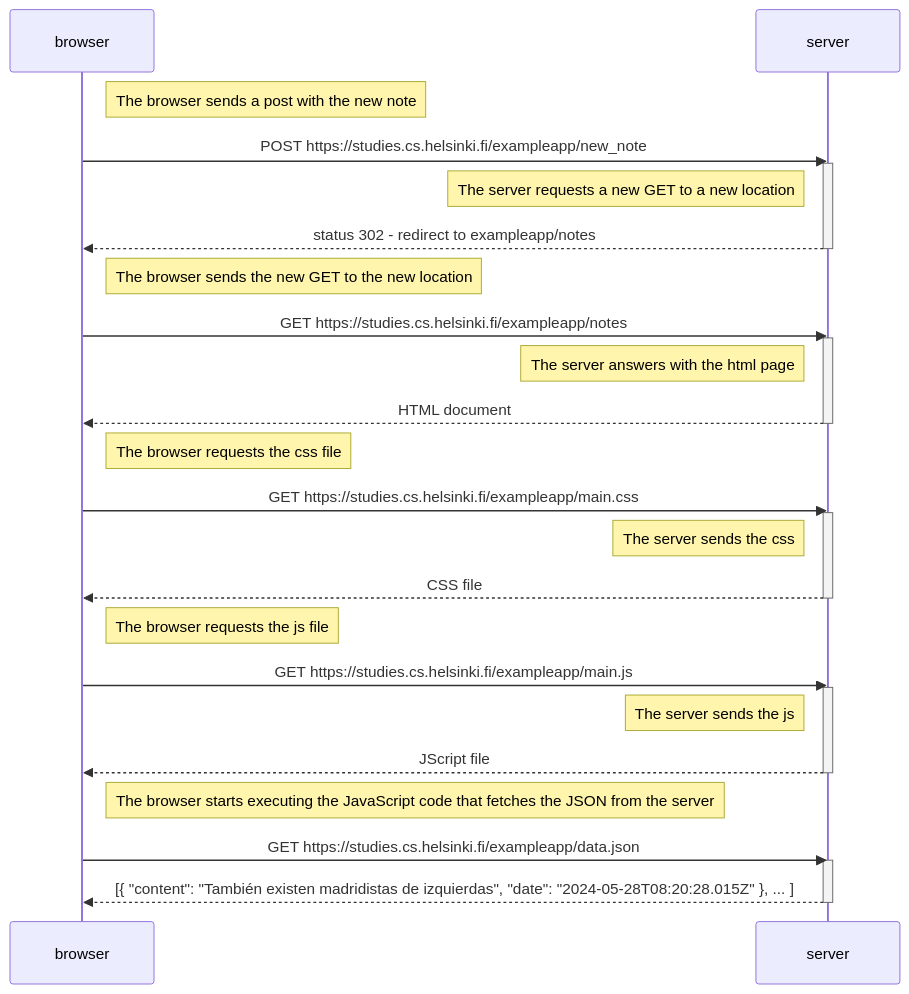
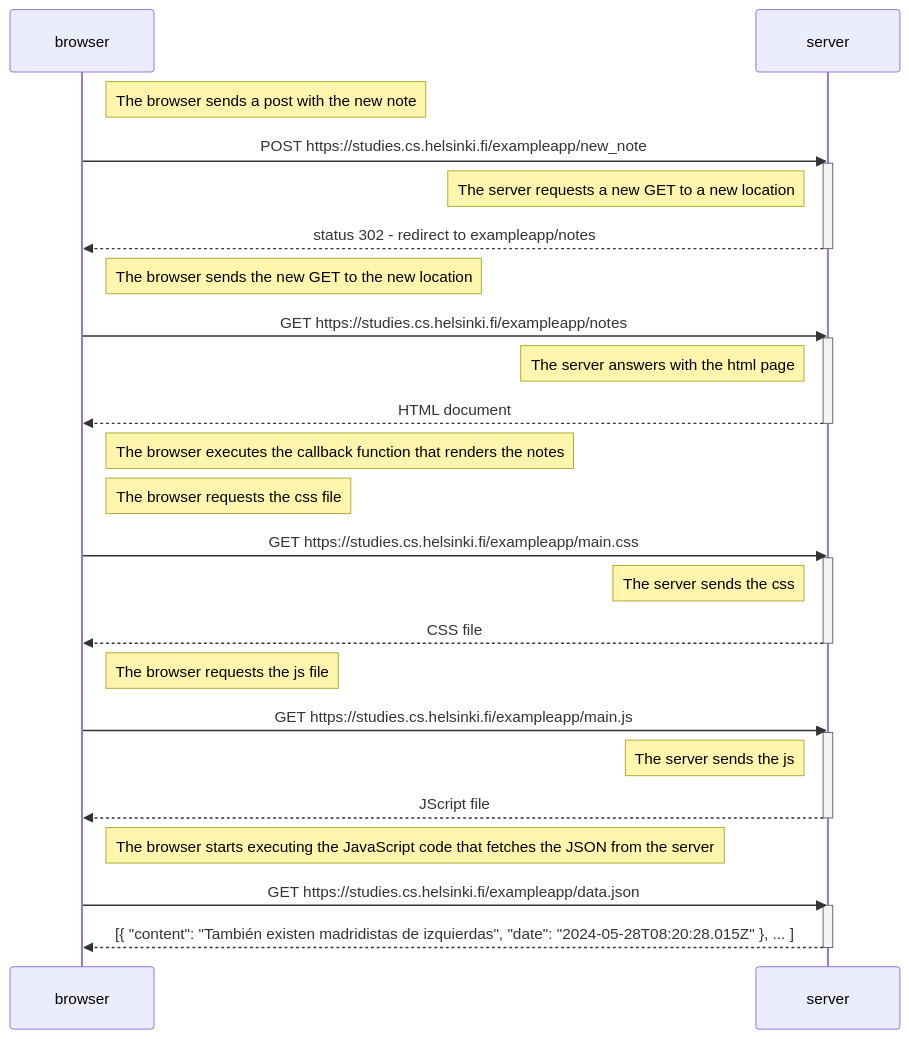
Before and after one commit to leandro68/hello-git: the diagram in README.mmd, drawn with Mermaid.

```diff
--- a/README.mmd
+++ b/README.mmd
@@ -1,50 +1,52 @@
 sequenceDiagram
     participant browser
     participant server
 
     Note right of browser: The browser sends a post with the new note
 
     browser->>server: POST https://studies.cs.helsinki.fi/exampleapp/new_note
     activate server
     
     Note left of server: The server requests a new GET to a new location
     
     server-->>browser: status 302 - redirect to exampleapp/notes
     deactivate server
 
     Note right of browser: The browser sends the new GET to the new location
 
     browser->>server: GET https://studies.cs.helsinki.fi/exampleapp/notes
     activate server
 
     Note left of server: The server answers with the html page 
 
     server-->>browser: HTML document
     deactivate server
+
+    Note right of browser: The browser executes the callback function that renders the notes
 
     Note right of browser: The browser requests the css file
 
     browser->>server: GET https://studies.cs.helsinki.fi/exampleapp/main.css
     activate server
     
     Note left of server: The server sends the css
     
     server-->>browser: CSS file
     deactivate server
 
     Note right of browser: The browser requests the js file
 
     browser->>server: GET https://studies.cs.helsinki.fi/exampleapp/main.js
     activate server
     
     Note left of server: The server sends the js
 
     server-->>browser: JScript file
     deactivate server
 
     Note right of browser: The browser starts executing the JavaScript code that fetches the JSON from the server
     
     browser->>server: GET https://studies.cs.helsinki.fi/exampleapp/data.json
     activate server
     server-->>browser: [{ "content": "También existen madridistas de izquierdas", "date": "2024-05-28T08:20:28.015Z" }, ... ]
     deactivate server
```
